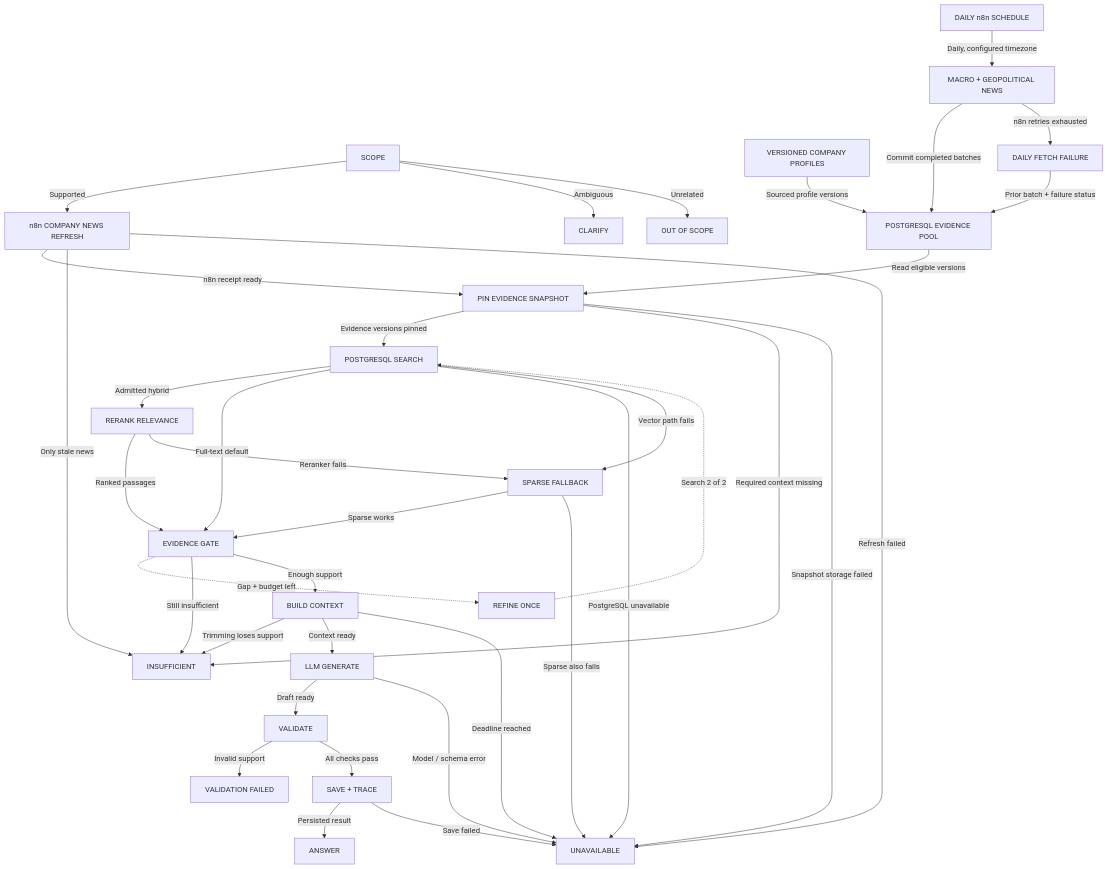
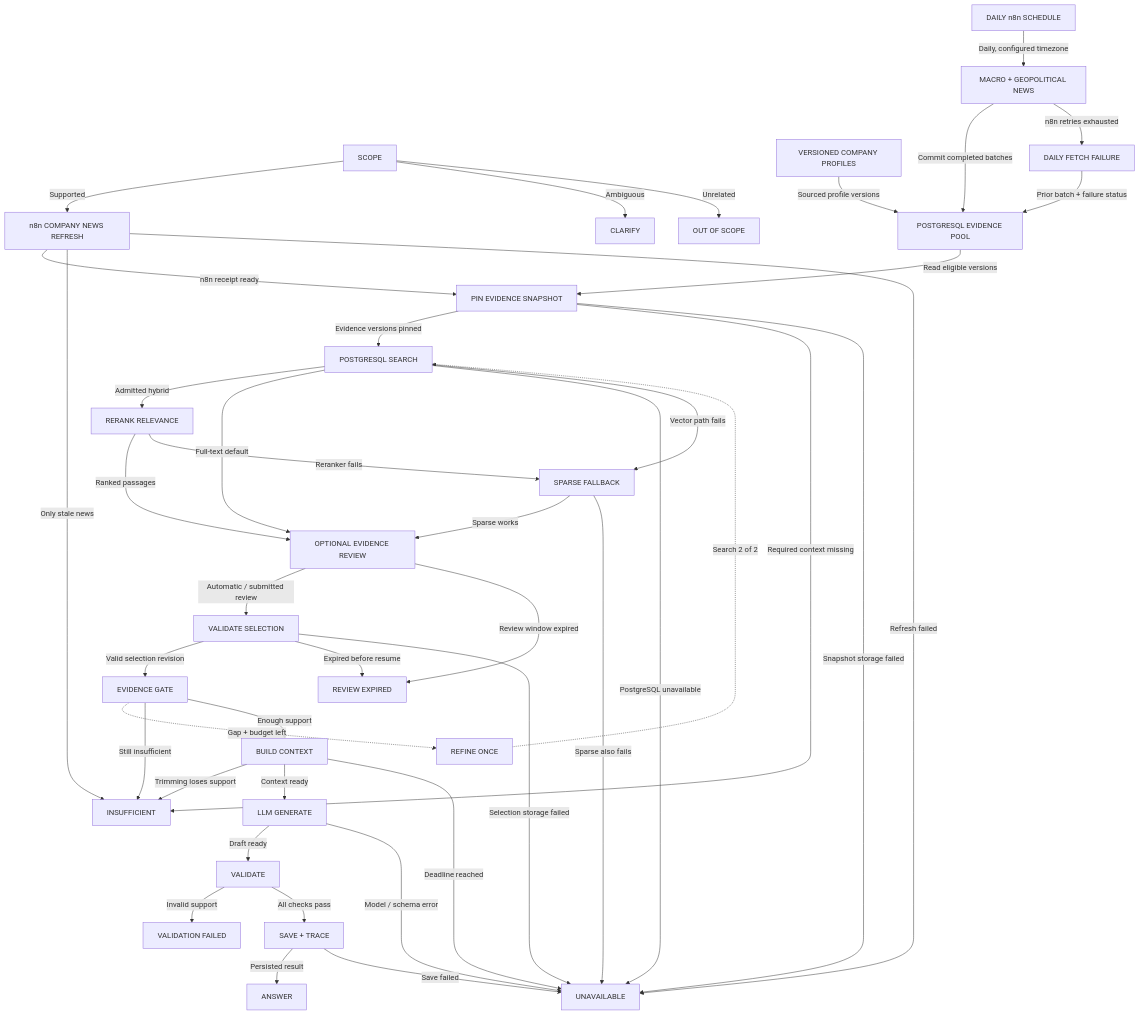
One commit to ByronHo68/ai-learning-academy changed the diagram in public/downloads/finance-diagrams/overall-en.mmd. Above: the diagram before and after it, drawn with Mermaid. The commit also changed 64 other files, not shown here.

Commit message:
Add optional evidence review to stock research workflow and guide

```diff
--- a/public/downloads/finance-diagrams/overall-en.mmd
+++ b/public/downloads/finance-diagrams/overall-en.mmd
@@ -1,60 +1,68 @@
 flowchart TD
   n0["SCOPE"]
   n1["n8n COMPANY NEWS REFRESH"]
   n2["PIN EVIDENCE SNAPSHOT"]
   n3["POSTGRESQL SEARCH"]
   n4["RERANK RELEVANCE"]
   n5["SPARSE FALLBACK"]
-  n6["EVIDENCE GATE"]
-  n7["REFINE ONCE"]
-  n8["BUILD CONTEXT"]
-  n9["LLM GENERATE"]
-  n10["VALIDATE"]
-  n11["SAVE + TRACE"]
-  n12["ANSWER"]
-  n13["INSUFFICIENT"]
-  n14["OUT OF SCOPE"]
-  n15["CLARIFY"]
-  n16["UNAVAILABLE"]
-  n17["VALIDATION FAILED"]
-  n18["DAILY n8n SCHEDULE"]
-  n19["MACRO + GEOPOLITICAL NEWS"]
-  n20["VERSIONED COMPANY PROFILES"]
-  n21["POSTGRESQL EVIDENCE POOL"]
-  n22["DAILY FETCH FAILURE"]
+  n6["OPTIONAL EVIDENCE REVIEW"]
+  n7["VALIDATE SELECTION"]
+  n8["REVIEW EXPIRED"]
+  n9["EVIDENCE GATE"]
+  n10["REFINE ONCE"]
+  n11["BUILD CONTEXT"]
+  n12["LLM GENERATE"]
+  n13["VALIDATE"]
+  n14["SAVE + TRACE"]
+  n15["ANSWER"]
+  n16["INSUFFICIENT"]
+  n17["OUT OF SCOPE"]
+  n18["CLARIFY"]
+  n19["UNAVAILABLE"]
+  n20["VALIDATION FAILED"]
+  n21["DAILY n8n SCHEDULE"]
+  n22["MACRO + GEOPOLITICAL NEWS"]
+  n23["VERSIONED COMPANY PROFILES"]
+  n24["POSTGRESQL EVIDENCE POOL"]
+  n25["DAILY FETCH FAILURE"]
   n0 -- "Supported" --> n1
-  n0 -- "Ambiguous" --> n15
-  n0 -- "Unrelated" --> n14
+  n0 -- "Ambiguous" --> n18
+  n0 -- "Unrelated" --> n17
   n1 -- "n8n receipt ready" --> n2
   n2 -- "Evidence versions pinned" --> n3
-  n2 -- "Required context missing" --> n13
-  n2 -- "Snapshot storage failed" --> n16
-  n1 -- "Only stale news" --> n13
-  n1 -- "Refresh failed" --> n16
+  n2 -- "Required context missing" --> n16
+  n2 -- "Snapshot storage failed" --> n19
+  n1 -- "Only stale news" --> n16
+  n1 -- "Refresh failed" --> n19
   n3 -- "Admitted hybrid" --> n4
   n3 -- "Full-text default" --> n6
-  n3 -- "PostgreSQL unavailable" --> n16
+  n3 -- "PostgreSQL unavailable" --> n19
   n3 -- "Vector path fails" --> n5
   n4 -- "Ranked passages" --> n6
   n4 -- "Reranker fails" --> n5
   n5 -- "Sparse works" --> n6
-  n5 -- "Sparse also fails" --> n16
-  n6 -. "Gap + budget left" .-> n7
-  n7 -. "Search 2 of 2" .-> n3
-  n6 -- "Still insufficient" --> n13
-  n6 -- "Enough support" --> n8
-  n8 -- "Trimming loses support" --> n13
-  n8 -- "Context ready" --> n9
-  n8 -- "Deadline reached" --> n16
-  n9 -- "Draft ready" --> n10
-  n9 -- "Model / schema error" --> n16
-  n10 -- "Invalid support" --> n17
-  n10 -- "All checks pass" --> n11
-  n11 -- "Persisted result" --> n12
-  n11 -- "Save failed" --> n16
-  n18 -- "Daily, configured timezone" --> n19
-  n19 -- "Commit completed batches" --> n21
-  n19 -- "n8n retries exhausted" --> n22
-  n22 -- "Prior batch + failure status" --> n21
-  n20 -- "Sourced profile versions" --> n21
-  n21 -- "Read eligible versions" --> n2
+  n5 -- "Sparse also fails" --> n19
+  n6 -- "Automatic / submitted review" --> n7
+  n6 -- "Review window expired" --> n8
+  n7 -- "Valid selection revision" --> n9
+  n7 -- "Expired before resume" --> n8
+  n7 -- "Selection storage failed" --> n19
+  n9 -. "Gap + budget left" .-> n10
+  n10 -. "Search 2 of 2" .-> n3
+  n9 -- "Still insufficient" --> n16
+  n9 -- "Enough support" --> n11
+  n11 -- "Trimming loses support" --> n16
+  n11 -- "Context ready" --> n12
+  n11 -- "Deadline reached" --> n19
+  n12 -- "Draft ready" --> n13
+  n12 -- "Model / schema error" --> n19
+  n13 -- "Invalid support" --> n20
+  n13 -- "All checks pass" --> n14
+  n14 -- "Persisted result" --> n15
+  n14 -- "Save failed" --> n19
+  n21 -- "Daily, configured timezone" --> n22
+  n22 -- "Commit completed batches" --> n24
+  n22 -- "n8n retries exhausted" --> n25
+  n25 -- "Prior batch + failure status" --> n24
+  n23 -- "Sourced profile versions" --> n24
+  n24 -- "Read eligible versions" --> n2
```
